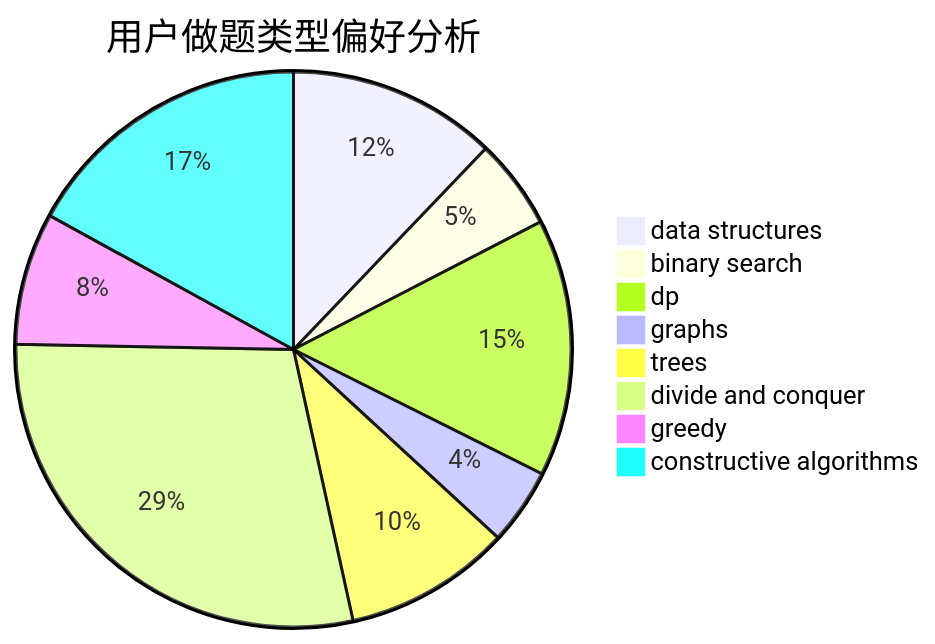
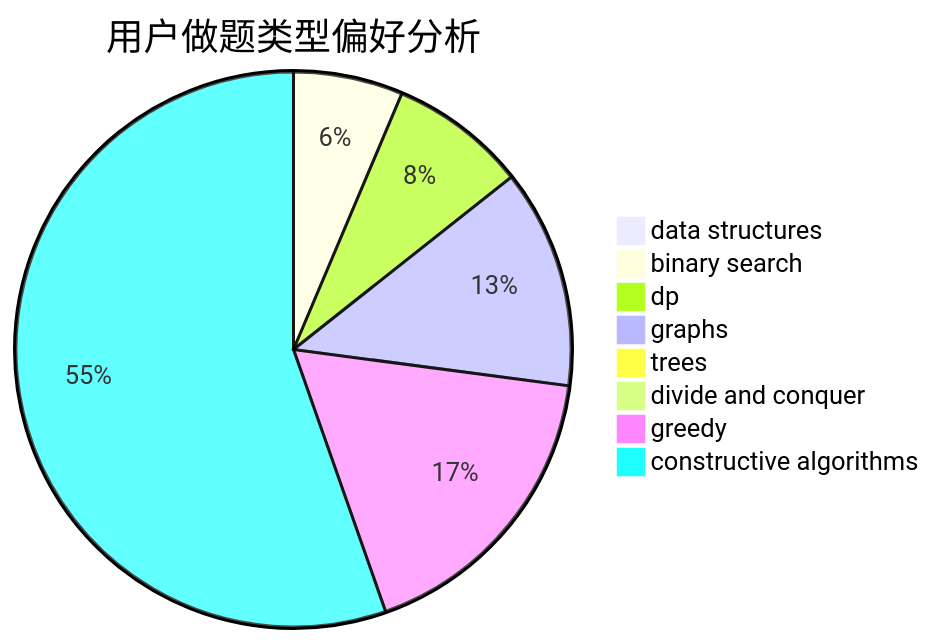
One commit to sherpahu/cfrs.github.io changed the second of 3 diagrams in docs/user/u2568.md. Above: the diagram before and after it, drawn with Mermaid. The commit also changed other lines of this file and 2770 other files, not shown here.

````diff
--- a/docs/user/u2568.md
+++ b/docs/user/u2568.md
@@ -23,11 +23,11 @@
 ```mermaid
 pie title 用户做题类型偏好分析
-    "data structures" :  30
-    "binary search" :  13
-    "dp" :  37
-    "graphs" :  11
-    "trees" :  24
-    "divide and conquer" :  71
-    "greedy" :  19
-    "constructive algorithms" :  42
+    "data structures" :  1
+    "binary search" :  16
+    "dp" :  20
+    "graphs" :  32
+    "trees" :  1
+    "divide and conquer" :  1
+    "greedy" :  44
+    "constructive algorithms" :  139
 ```
````
